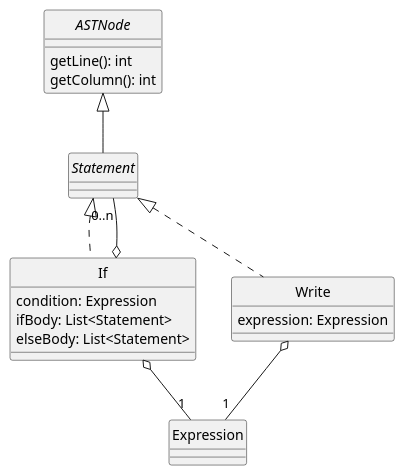
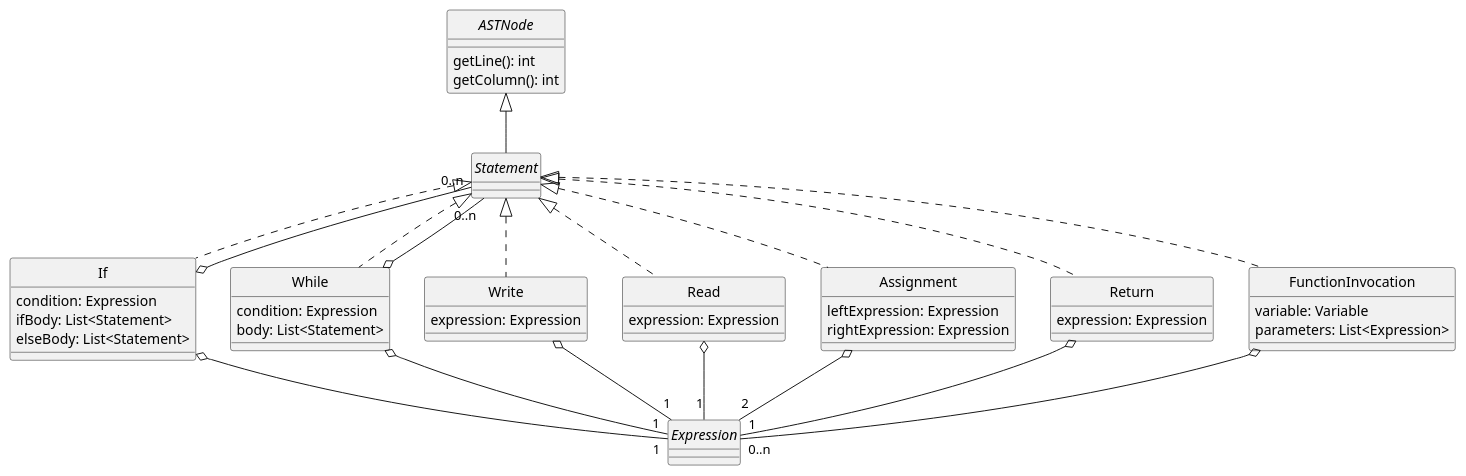
One commit to Diecaal/Elixir-Compiler changed the diagram in docs/diagrams/statements.plantuml. Above: the diagram before and after it, drawn with PlantUML. The commit also changed 1 other file, not shown here.

```diff
--- a/docs/diagrams/statements.plantuml
+++ b/docs/diagrams/statements.plantuml
@@ -1,33 +1,69 @@
 @startuml Statements
 skinparam style strictuml
 skinparam monochrome true
 
 
 interface ASTNode {
     getLine(): int
     getColumn(): int
 }
 
 interface Statement
+interface Expression
 
 class If {
     condition: Expression
     ifBody: List<Statement>
     elseBody: List<Statement>
 }
 
+class While {
+    condition: Expression
+    body: List<Statement>
+}
+
 class Write {
     expression: Expression
 }
 
+class Read {
+    expression: Expression
+}
+
+class Assignment {
+    leftExpression: Expression
+    rightExpression: Expression
+}
+
+class Return {
+    expression: Expression
+}
+
+class FunctionInvocation {
+    variable: Variable
+    parameters: List<Expression>
+}
+
 ASTNode <|-- Statement
 Statement <|.. If
+Statement <|.. While
 Statement <|.. Write
+Statement <|.. Read
+Statement <|.. Assignment
+Statement <|.. Return
+Statement <|.. FunctionInvocation
 
 If o-- "1" Expression
+While o-- "1" Expression
 Write o-- "1" Expression
+Read o-- "1" Expression
+Return o-- "1" Expression
+Assignment o-- "2" Expression
+FunctionInvocation o-- "0..n" Expression
+
 If o-- "0..n" Statement
+While o-- "0..n" Statement
 
 
 
 @enduml
```
